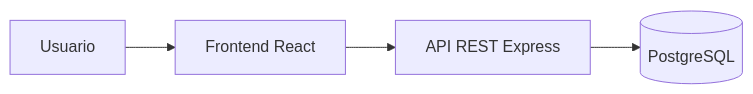
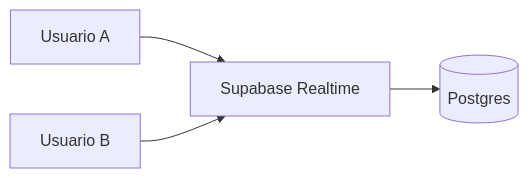
Before and after one commit to Umbingelelo/ejercicios-portafolio_titulo-001V: diagram 11 of 16 in Ejercicio_6_Patrones_Arquitectura_y_Despliegue.md, drawn with Mermaid. The commit also changed other lines of this file, not shown here.

````diff
--- a/Ejercicio_6_Patrones_Arquitectura_y_Despliegue.md
+++ b/Ejercicio_6_Patrones_Arquitectura_y_Despliegue.md
@@ -659,6 +1808,6 @@
 ```mermaid
 flowchart LR
-  A[Usuario] --> B[Frontend React]
-  B --> C[API REST Express]
-  C --> D[(PostgreSQL)]
+    U1[Usuario A] --> SB[Supabase Realtime]
+    U2[Usuario B] --> SB
+    SB --> DB[(Postgres)]
 ```
````
